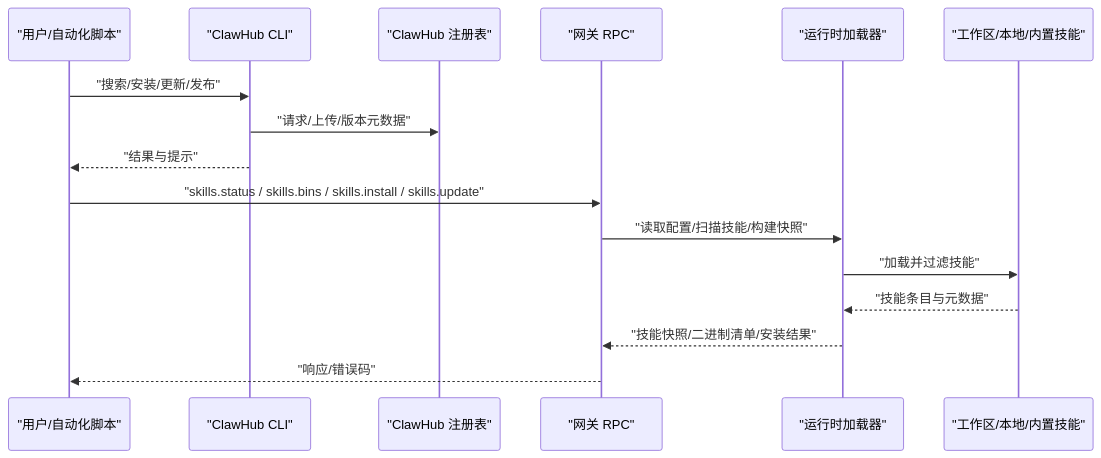
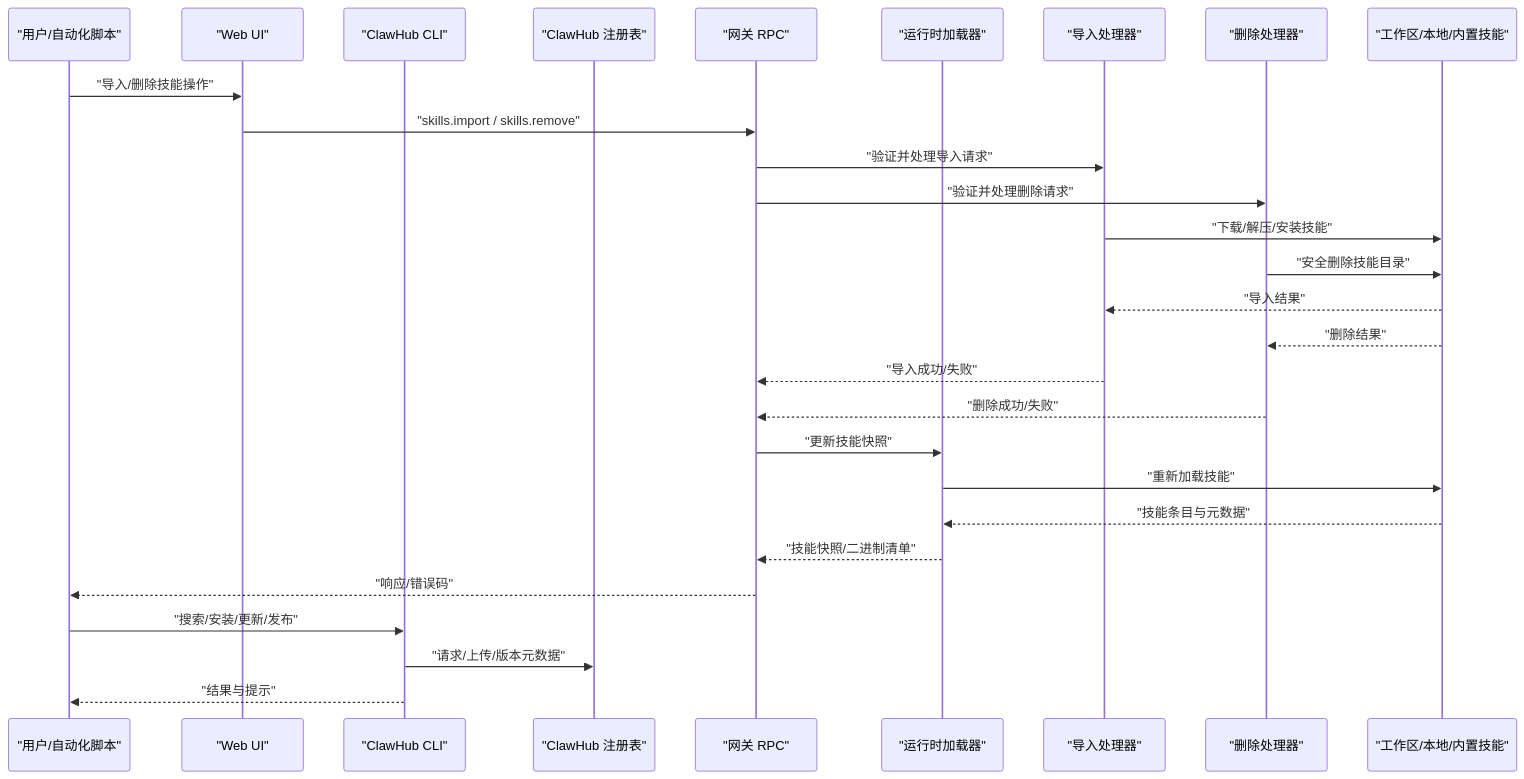
The second of 9 diagrams in .qoder/repowiki/zh/content/技能平台/技能管理.md (verse-ai-org/openclaw), drawn with Mermaid before and after one commit. The commit also changed other lines of this file and 33 other files, not shown here.

````diff
--- a/.qoder/repowiki/zh/content/技能平台/技能管理.md
+++ b/.qoder/repowiki/zh/content/技能平台/技能管理.md
@@ -116,18 +147,30 @@
 ```mermaid
 sequenceDiagram
 participant U as "用户/自动化脚本"
+participant UI as "Web UI"
 participant CLI as "ClawHub CLI"
 participant REG as "ClawHub 注册表"
 participant GW as "网关 RPC"
 participant RT as "运行时加载器"
+participant IM as "导入处理器"
+participant RM as "删除处理器"
 participant WS as "工作区/本地/内置技能"
+U->>UI : "导入/删除技能操作"
+UI->>GW : "skills.import / skills.remove"
+GW->>IM : "验证并处理导入请求"
+GW->>RM : "验证并处理删除请求"
+IM->>WS : "下载/解压/安装技能"
+RM->>WS : "安全删除技能目录"
+WS-->>IM : "导入结果"
+WS-->>RM : "删除结果"
+IM-->>GW : "导入成功/失败"
+RM-->>GW : "删除成功/失败"
+GW->>RT : "更新技能快照"
+RT->>WS : "重新加载技能"
+WS-->>RT : "技能条目与元数据"
+RT-->>GW : "技能快照/二进制清单"
+GW-->>U : "响应/错误码"
 U->>CLI : "搜索/安装/更新/发布"
 CLI->>REG : "请求/上传/版本元数据"
 CLI-->>U : "结果与提示"
-U->>GW : "skills.status / skills.bins / skills.install / skills.update"
-GW->>RT : "读取配置/扫描技能/构建快照"
-RT->>WS : "加载并过滤技能"
-WS-->>RT : "技能条目与元数据"
-RT-->>GW : "技能快照/二进制清单/安装结果"
-GW-->>U : "响应/错误码"
 ```
````
